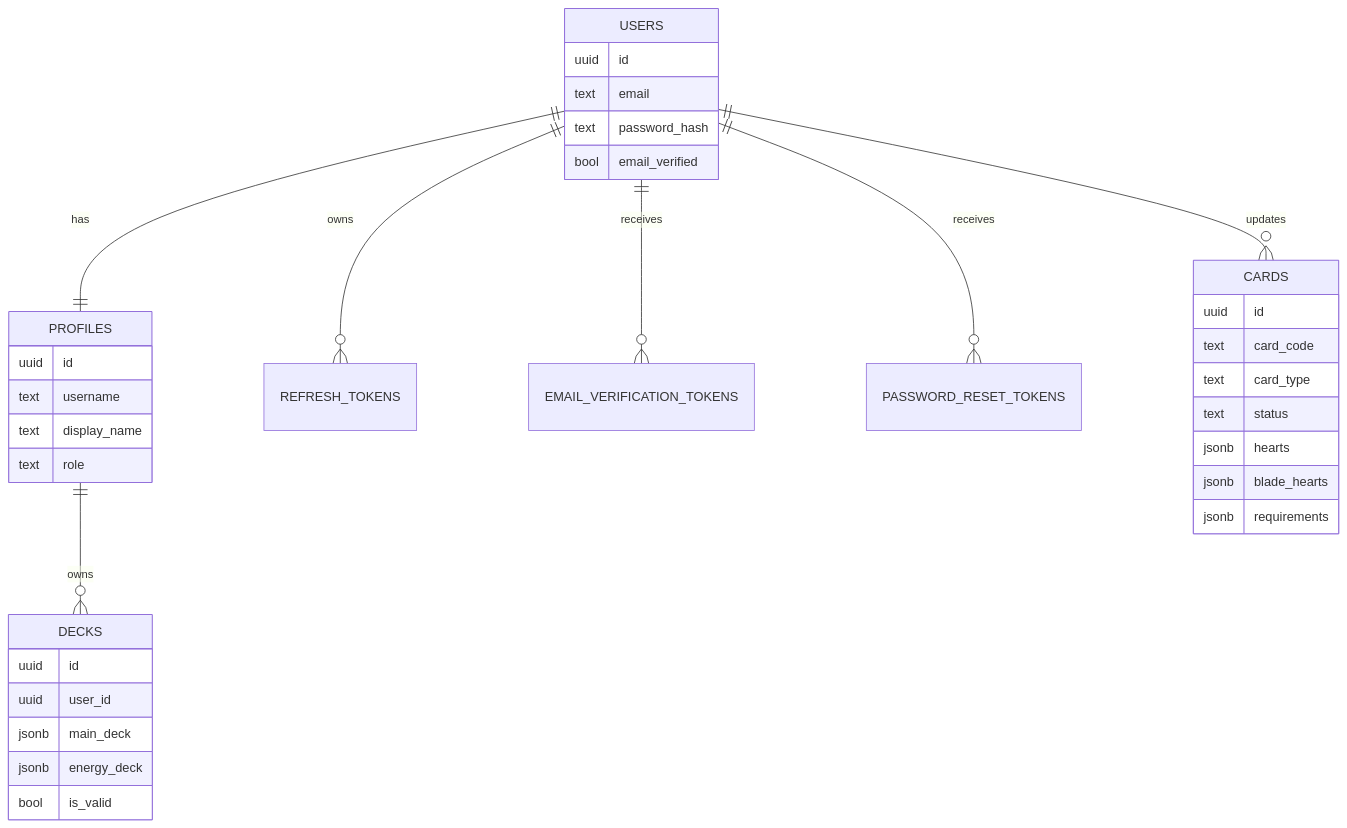
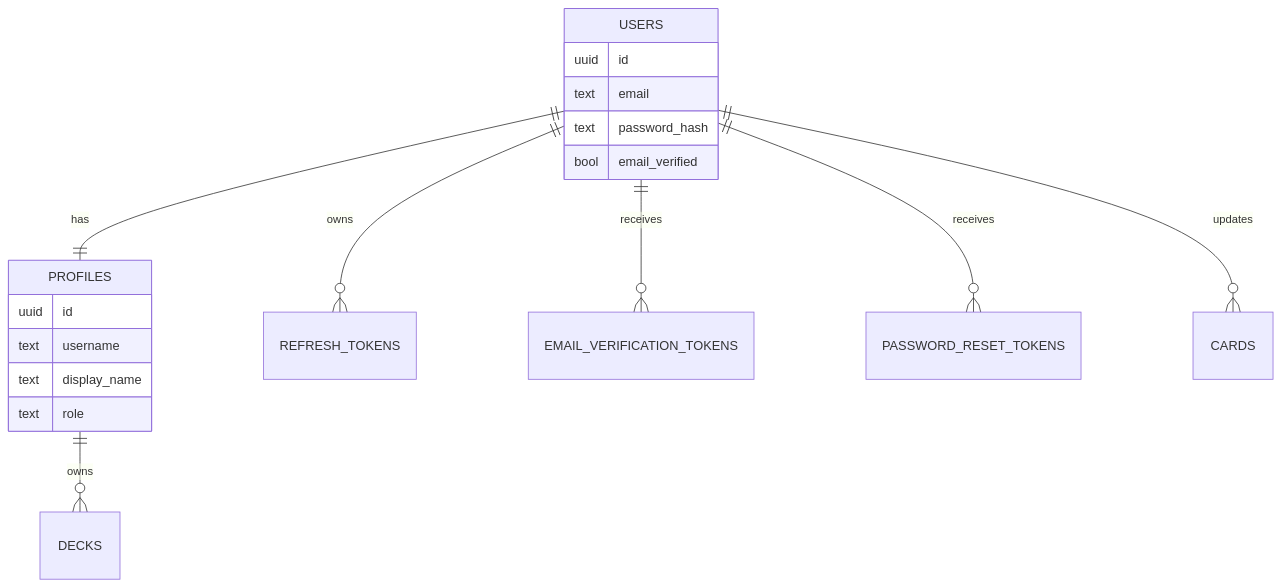
Before and after one commit to catmeow123456/loveca-dev: the eighth of 9 diagrams in game_system_design.md, drawn with Mermaid. The commit also changed other lines of this file and 42 other files, not shown here.

````diff
--- a/game_system_design.md
+++ b/game_system_design.md
@@ -369,38 +370,22 @@
 ```mermaid
 erDiagram
     USERS ||--|| PROFILES : has
     USERS ||--o{ REFRESH_TOKENS : owns
     USERS ||--o{ EMAIL_VERIFICATION_TOKENS : receives
     USERS ||--o{ PASSWORD_RESET_TOKENS : receives
     PROFILES ||--o{ DECKS : owns
     USERS ||--o{ CARDS : updates
 
     USERS {
       uuid id
       text email
       text password_hash
       bool email_verified
     }
     PROFILES {
       uuid id
       text username
       text display_name
       text role
     }
-    DECKS {
-      uuid id
-      uuid user_id
-      jsonb main_deck
-      jsonb energy_deck
-      bool is_valid
-    }
-    CARDS {
-      uuid id
-      text card_code
-      text card_type
-      text status
-      jsonb hearts
-      jsonb blade_hearts
-      jsonb requirements
-    }
 ```
````
